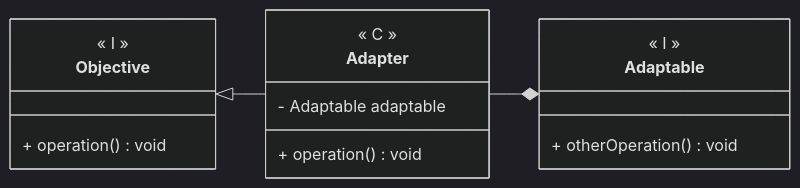
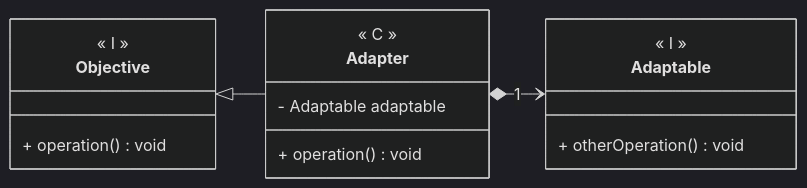
One commit to angelromarco04/MyNotes changed the diagram in Programming/Patterns/data/Adapter.md. Above: the diagram before and after it, drawn with Mermaid (dark theme). The commit also changed 3 other files, not shown here.

````diff
--- a/Programming/Patterns/data/Adapter.md
+++ b/Programming/Patterns/data/Adapter.md
@@ -27,23 +27,23 @@
 ```mermaid
 classDiagram
 direction LR
 
 Objective <|-- Adapter
-Adapter --* Adaptable
+Adapter *--> Adaptable : 1
 
 class Objective {
 	<< I >>
 	+ operation() void
 }
 
 class Adapter {
 	<< C >>
 	- Adaptable adaptable
 	+ operation() void
 }
 
 class Adaptable {
 	<< I >>
 	+ otherOperation() void
 }
 ```
````
